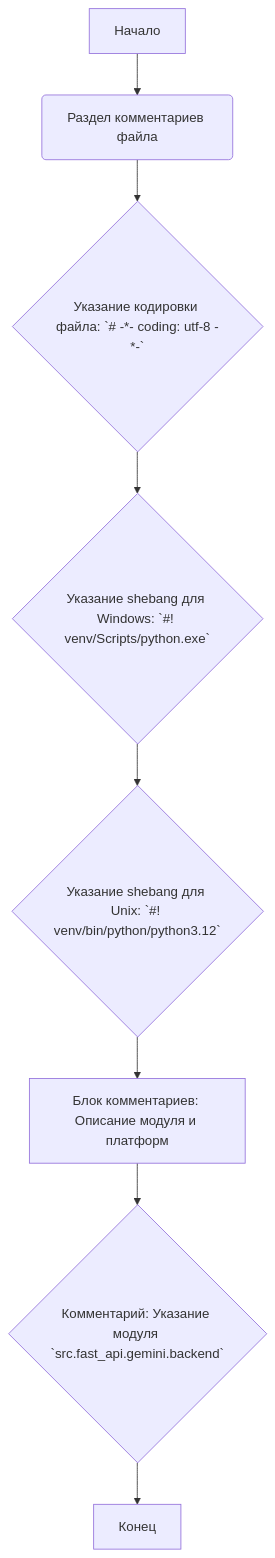
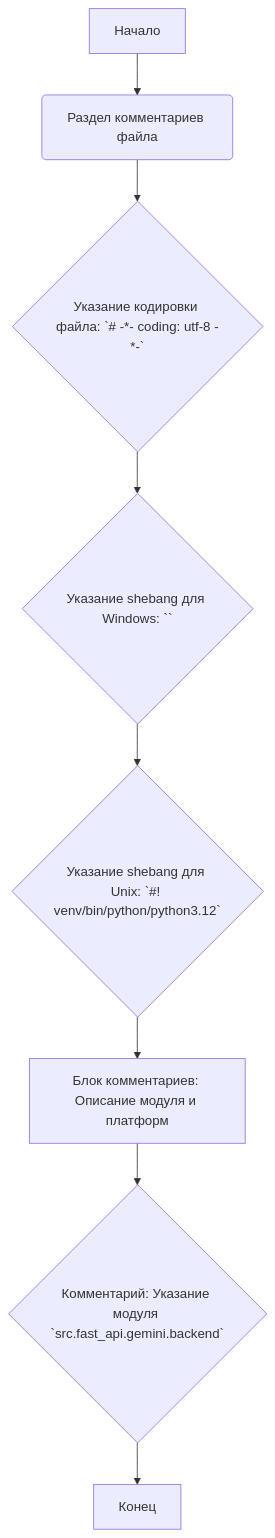
One commit to hypo69/hypo changed the first of 2 diagrams in docs/gemini/ru/explainer/src/fast_api/gemini/backend/main.py.md. Above: the diagram before and after it, drawn with Mermaid. The commit also changed other lines of this file and 3610 other files, not shown here.

````diff
--- a/docs/gemini/ru/explainer/src/fast_api/gemini/backend/main.py.md
+++ b/docs/gemini/ru/explainer/src/fast_api/gemini/backend/main.py.md
@@ -9,10 +9,10 @@
 ```mermaid
 flowchart TD
     A[Начало] --> B(Раздел комментариев файла);
     B --> C{Указание кодировки файла: `# -*- coding: utf-8 -*-`};
-    C --> D{Указание shebang для Windows: `#! venv/Scripts/python.exe`};
+    C --> D{Указание shebang для Windows: ``};
     D --> E{Указание shebang для Unix: `#! venv/bin/python/python3.12`};
     E --> F[Блок комментариев: Описание модуля и платформ];
     F --> G{Комментарий: Указание модуля `src.fast_api.gemini.backend`};
     G --> H[Конец]
 ```
````
